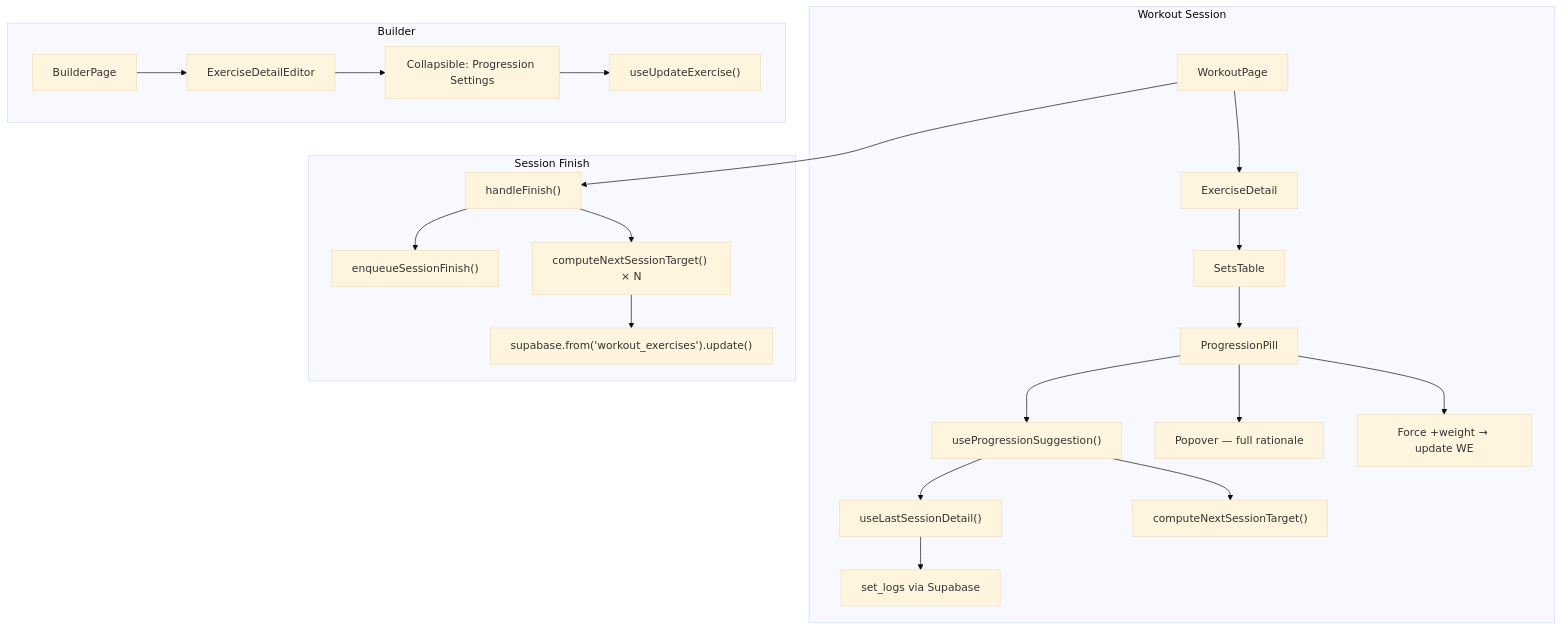
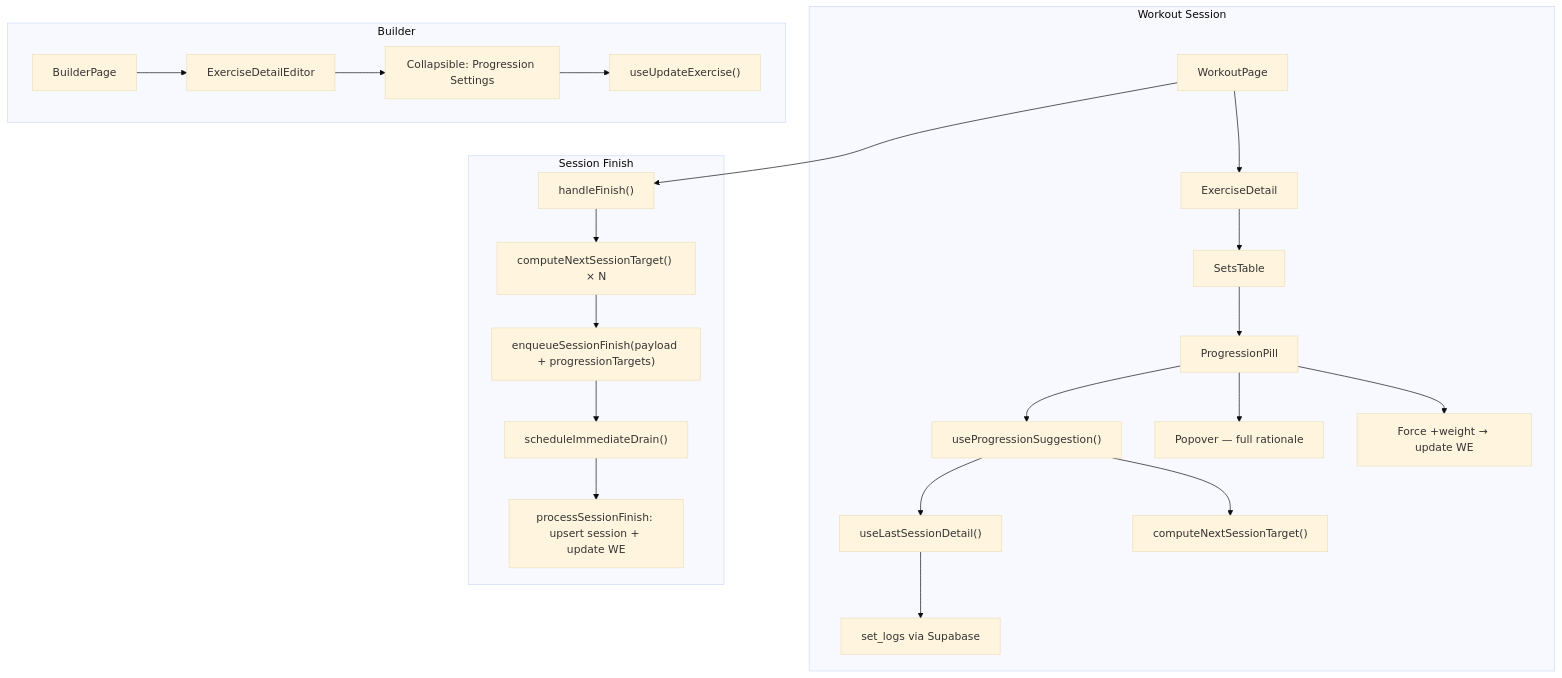
Before and after one commit to PierreTsia/workout-app: the second of 3 diagrams in docs/Tech_Plan_—_Triple_Progression_Logic.md, drawn with Mermaid (base theme). The commit also changed other lines of this file, not shown here.

First line of the commit message:
docs: update Tech Plan for Triple Progression Logic

````diff
--- a/docs/Tech_Plan_—_Triple_Progression_Logic.md
+++ b/docs/Tech_Plan_—_Triple_Progression_Logic.md
@@ -206,27 +206,28 @@
 ```mermaid
 graph TD
     subgraph workout ["Workout Session"]
         WP["WorkoutPage"] --> ED["ExerciseDetail"]
         ED --> ST["SetsTable"]
         ST --> PP["ProgressionPill"]
         PP --> Hook["useProgressionSuggestion()"]
         Hook --> HistHook["useLastSessionDetail()"]
         Hook --> Engine["computeNextSessionTarget()"]
         HistHook --> SB["set_logs via Supabase"]
         PP --> Pop["Popover — full rationale"]
         PP --> Force["Force +weight → update WE"]
     end
 
     subgraph finish ["Session Finish"]
         WP --> HF["handleFinish()"]
-        HF --> Sync["enqueueSessionFinish()"]
         HF --> EngineF["computeNextSessionTarget() × N"]
-        EngineF --> Persist["supabase.from('workout_exercises').update()"]
+        EngineF --> Enqueue["enqueueSessionFinish(payload + progressionTargets)"]
+        Enqueue --> Drain["scheduleImmediateDrain()"]
+        Drain --> Process["processSessionFinish: upsert session + update WE"]
     end
 
     subgraph builder ["Builder"]
         BP["BuilderPage"] --> EDE["ExerciseDetailEditor"]
         EDE --> Coll["Collapsible: Progression Settings"]
         Coll --> UE["useUpdateExercise()"]
     end
 ```
````
